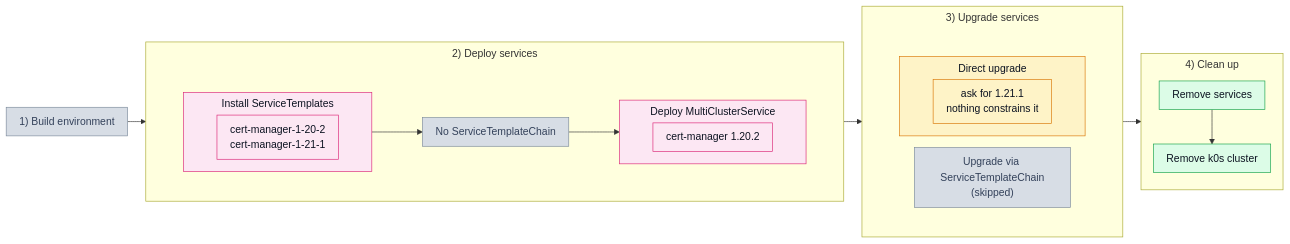
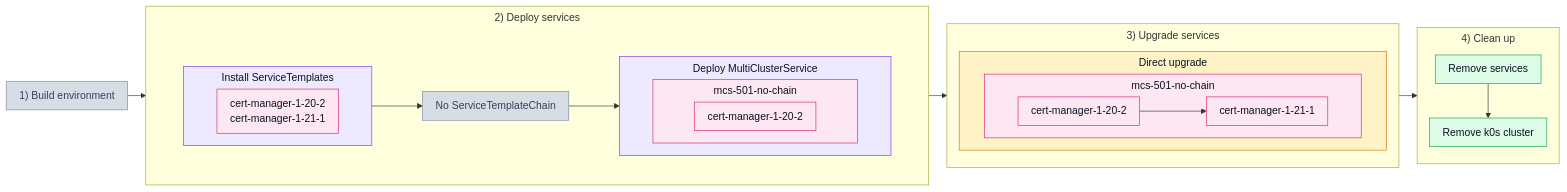
The diagram in test_scenarios/501_no_chain.md (josef-hak/ksm-tests), drawn with Mermaid before and after one commit. The commit also changed 9 other files, not shown here.

Commit message:
docs: apply the 301 schema style to the other scenarios

````diff
--- a/test_scenarios/501_no_chain.md
+++ b/test_scenarios/501_no_chain.md
@@ -15,51 +15,53 @@
 ```mermaid
 %%{init: {'flowchart': {'padding': 10, 'nodeSpacing': 18, 'rankSpacing': 28, 'subGraphTitleMargin': {'top': 6, 'bottom': 10}}}}%%
 flowchart LR
     P1["1) Build environment"]
 
     subgraph P2["2) Deploy services"]
         subgraph W2[" "]
             direction LR
             subgraph D1["Install ServiceTemplates"]
                 T1["cert-manager-1-20-2<br/>cert-manager-1-21-1"]
             end
 
             D3["No ServiceTemplateChain"]
 
             subgraph D2["Deploy MultiClusterService"]
-                M1["cert-manager 1.20.2"]
+                subgraph DM["mcs-501-no-chain"]
+                    M1["cert-manager-1-20-2"]
+                end
             end
 
             D1 --> D3 --> D2
         end
     end
 
     subgraph P3["3) Upgrade services"]
-        subgraph W3[" "]
-            direction LR
-            subgraph U1["Direct upgrade"]
-                S1["ask for 1.21.1<br/>nothing constrains it"]
+        subgraph U1["Direct upgrade"]
+            subgraph UM["mcs-501-no-chain"]
+                direction LR
+                V1["cert-manager-1-20-2"] --> V2["cert-manager-1-21-1"]
             end
-
-            U2["Upgrade via ServiceTemplateChain<br/>(skipped)"]
         end
     end
 
     subgraph P4["4) Clean up"]
         C1["Remove services"] --> C2["Remove k0s cluster"]
     end
 
     P1 --> P2 --> P3 --> P4
 
     classDef off fill:#d7dde5,stroke:#7c8a9c,color:#33415a
+    classDef purple fill:#ede9fe,stroke:#7c3aed,color:#0b1220
     classDef pink fill:#fce7f3,stroke:#db2777,color:#0b1220
     classDef amber fill:#fef3c7,stroke:#d97706,color:#0b1220
     classDef green fill:#dcfce7,stroke:#16a34a,color:#0b1220
     classDef bare fill:none,stroke:none
 
-    class P1,U2,D3 off
-    class D1,D2,T1,M1 pink
-    class U1,S1 amber
+    class P1,D3 off
+    class D1,D2 purple
+    class DM,T1,M1,UM,V1,V2 pink
+    class U1 amber
     class C1,C2 green
-    class W2,W3 bare
+    class W2 bare
 ```
````
